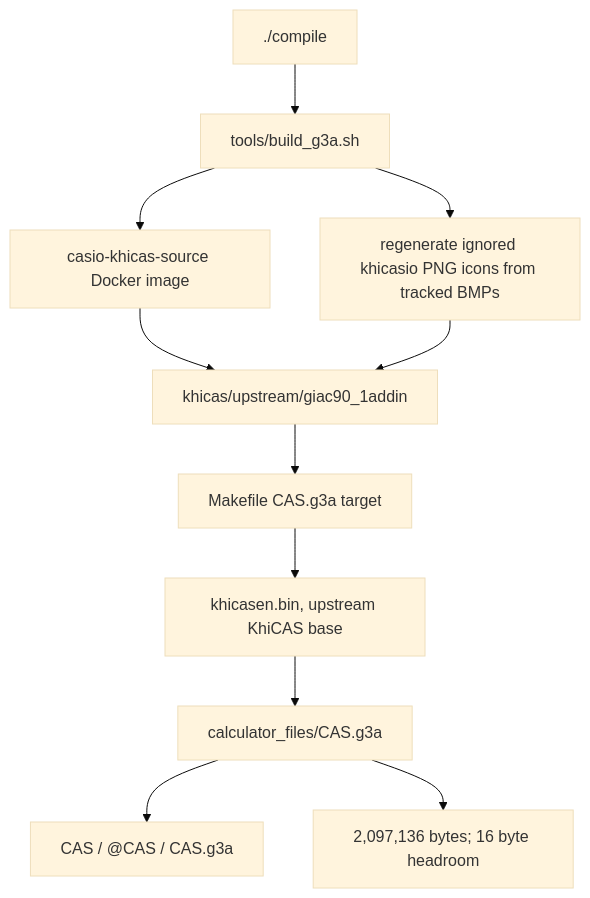
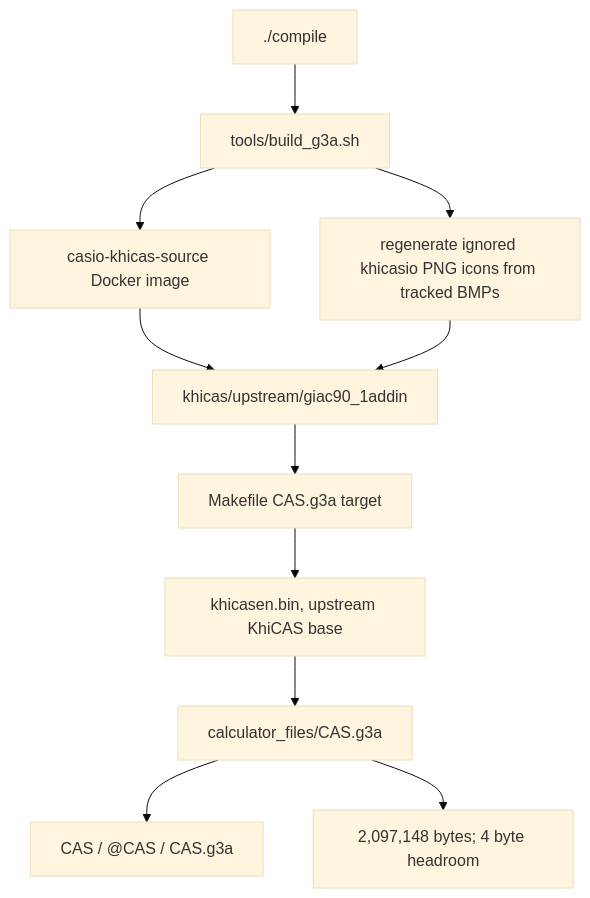
One commit to james8464/notes-addin-casio-fx-cg50 changed the first of 6 diagrams in docs/GRAPH.md. Above: the diagram before and after it, drawn with Mermaid (base theme). The commit also changed other lines of this file and 3 other files, not shown here.

````diff
--- a/docs/GRAPH.md
+++ b/docs/GRAPH.md
@@ -7,13 +7,13 @@
 ```mermaid
 graph TD
   Compile["./compile"] --> Build["tools/build_g3a.sh"]
   Build --> Docker["casio-khicas-source Docker image"]
   Docker --> Src["khicas/upstream/giac90_1addin"]
   Build --> Icons["regenerate ignored khicasio PNG icons from tracked BMPs"]
   Icons --> Src
   Src --> Make["Makefile CAS.g3a target"]
   Make --> Bin["khicasen.bin, upstream KhiCAS base"]
   Bin --> G3A["calculator_files/CAS.g3a"]
   G3A --> Meta["CAS / @CAS / CAS.g3a"]
-  G3A --> Size["2,097,136 bytes; 16 byte headroom"]
+  G3A --> Size["2,097,148 bytes; 4 byte headroom"]
 ```
````
